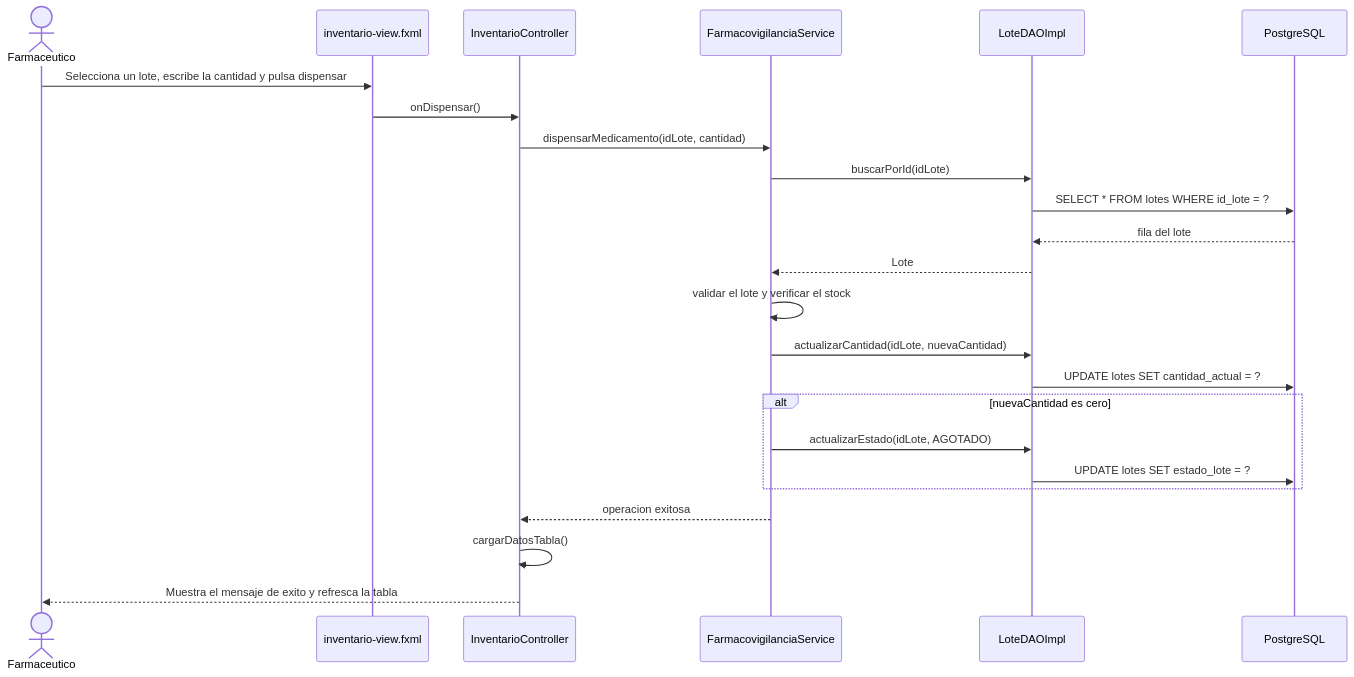
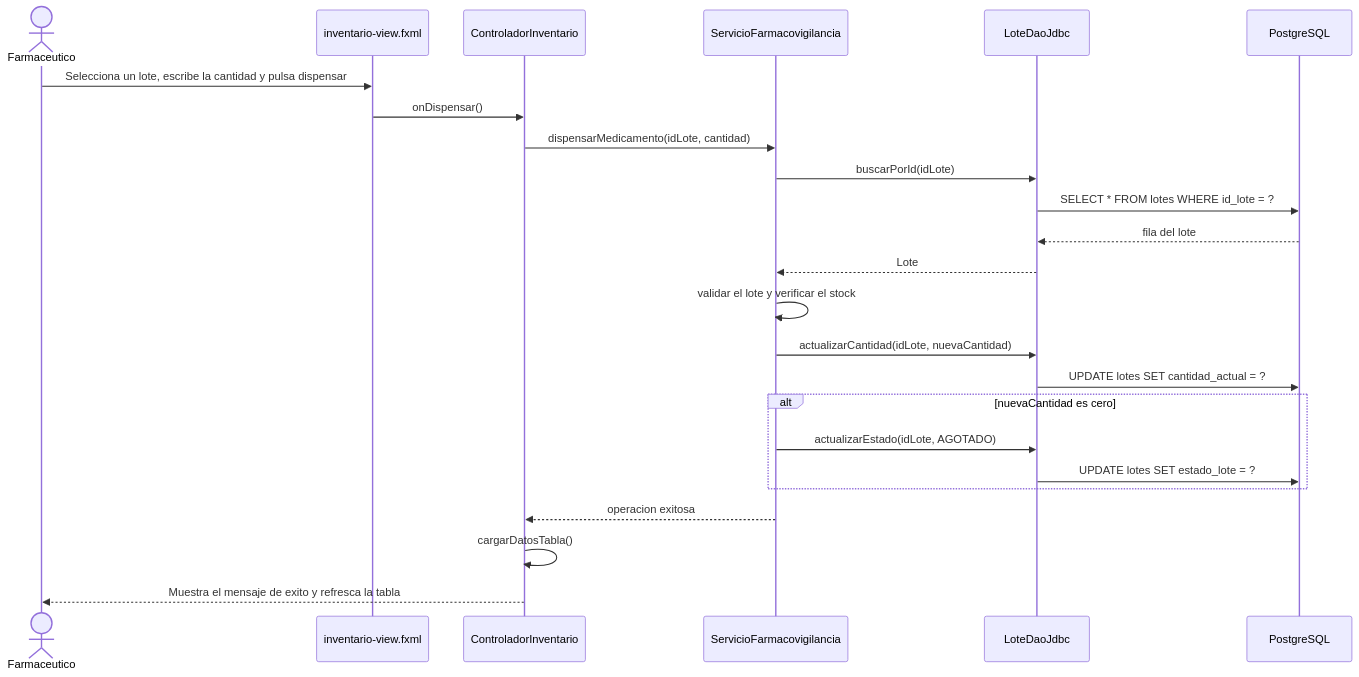
The second of 2 diagrams in docs/architecture/design/HU-80-arquitectura-por-capas.md (puj-course/FIS_2630_1204_G1), drawn with Mermaid before and after one commit. The commit also changed other lines of this file and 121 other files, not shown here.

````diff
--- a/docs/architecture/design/HU-80-arquitectura-por-capas.md
+++ b/docs/architecture/design/HU-80-arquitectura-por-capas.md
@@ -69,26 +69,26 @@
 ```mermaid
 sequenceDiagram
     actor U as Farmaceutico
     participant V as inventario-view.fxml
-    participant C as InventarioController
-    participant S as FarmacovigilanciaService
-    participant D as LoteDAOImpl
+    participant C as ControladorInventario
+    participant S as ServicioFarmacovigilancia
+    participant D as LoteDaoJdbc
     participant DB as PostgreSQL
     U->>V: Selecciona un lote, escribe la cantidad y pulsa dispensar
     V->>C: onDispensar()
     C->>S: dispensarMedicamento(idLote, cantidad)
     S->>D: buscarPorId(idLote)
     D->>DB: SELECT * FROM lotes WHERE id_lote = ?
     DB-->>D: fila del lote
     D-->>S: Lote
     S->>S: validar el lote y verificar el stock
     S->>D: actualizarCantidad(idLote, nuevaCantidad)
     D->>DB: UPDATE lotes SET cantidad_actual = ?
     alt nuevaCantidad es cero
         S->>D: actualizarEstado(idLote, AGOTADO)
         D->>DB: UPDATE lotes SET estado_lote = ?
     end
     S-->>C: operacion exitosa
     C->>C: cargarDatosTabla()
     C-->>U: Muestra el mensaje de exito y refresca la tabla
 ```
````
